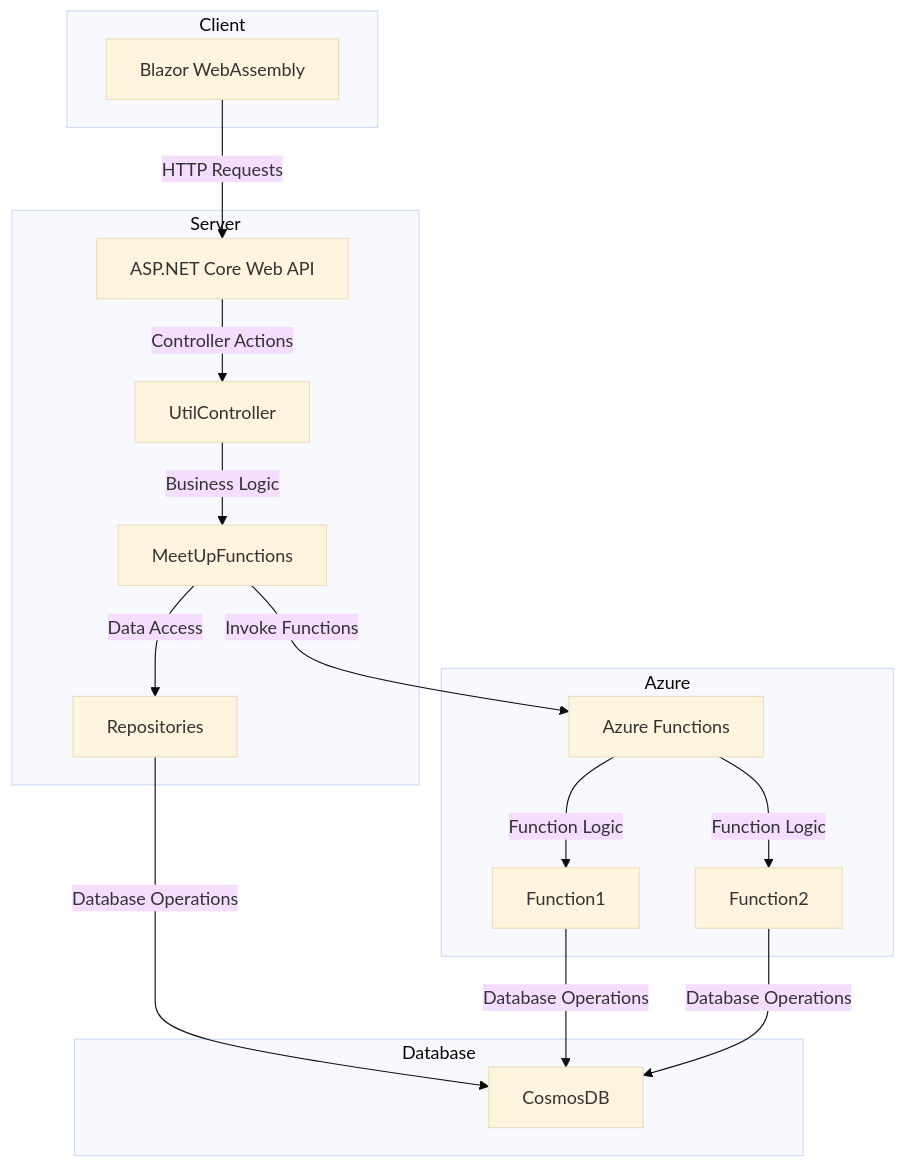
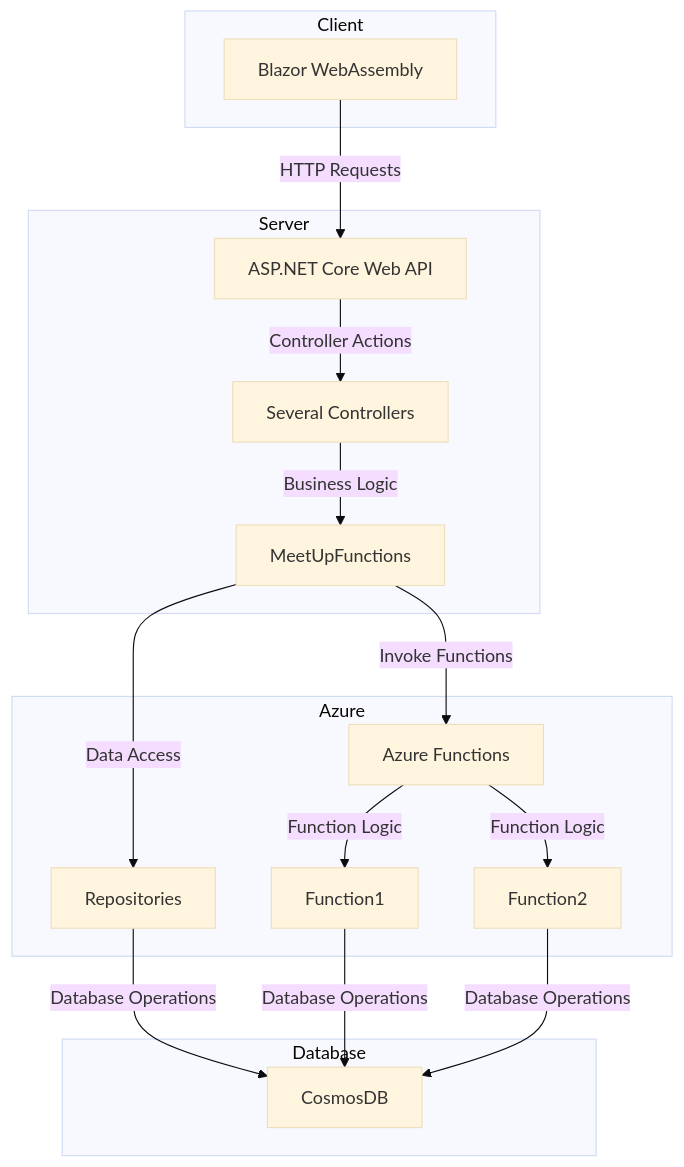
The diagram in README.md (rbrands/MeetUpPlanner), drawn with Mermaid (base theme) before and after one commit.

````diff
--- a/README.md
+++ b/README.md
@@ -22,34 +22,34 @@
 ```mermaid
     graph TD
     subgraph Client
         A[Blazor WebAssembly]
     end
 
     subgraph Server
         B[ASP.NET Core Web API]
-        C[UtilController]
+        C[Several Controllers]
         D[MeetUpFunctions]
-        E[Repositories]
     end
 
     subgraph Azure
         G[Azure Functions]
         H[Function1]
         I[Function2]
+        E[Repositories]
     end
 
     subgraph Database
         F[CosmosDB]
     end
 
     A -->|HTTP Requests| B
     B -->|Controller Actions| C
     C -->|Business Logic| D
     D -->|Data Access| E
     E -->|Database Operations| F
     D -->|Invoke Functions| G
     G -->|Function Logic| H
     G -->|Function Logic| I
     H -->|Database Operations| F
     I -->|Database Operations| F
 ```
````
